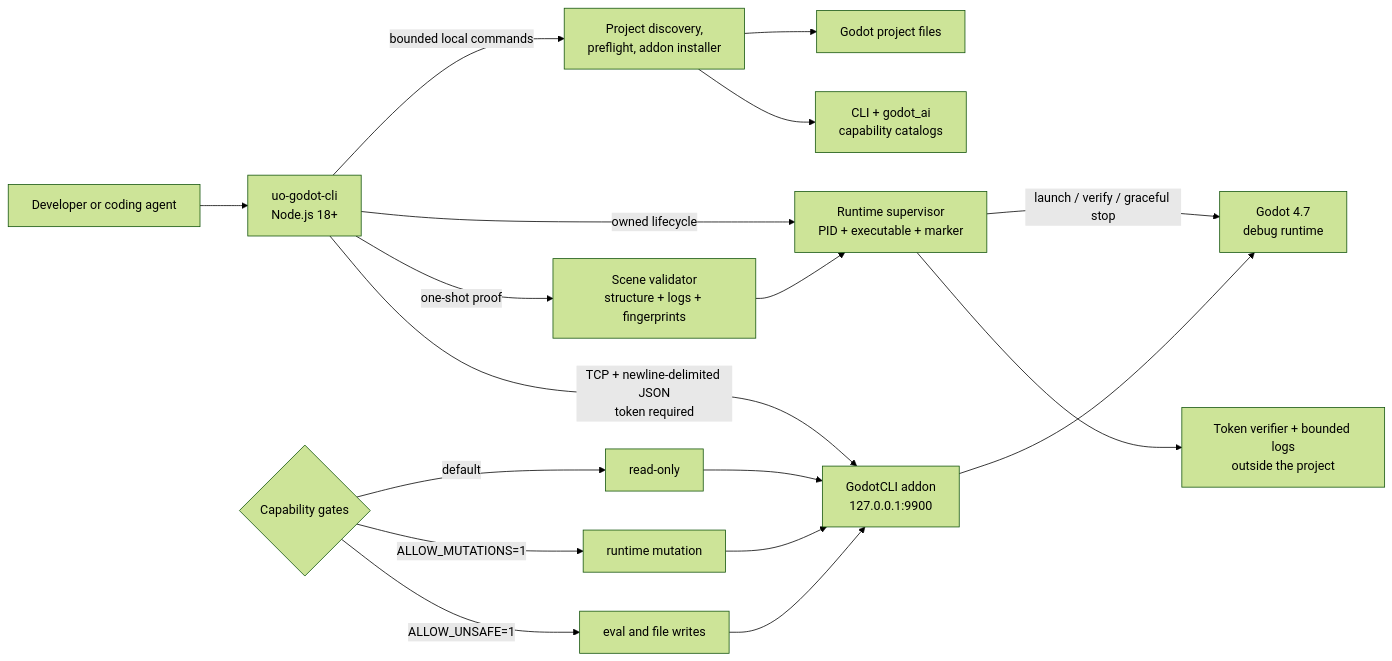
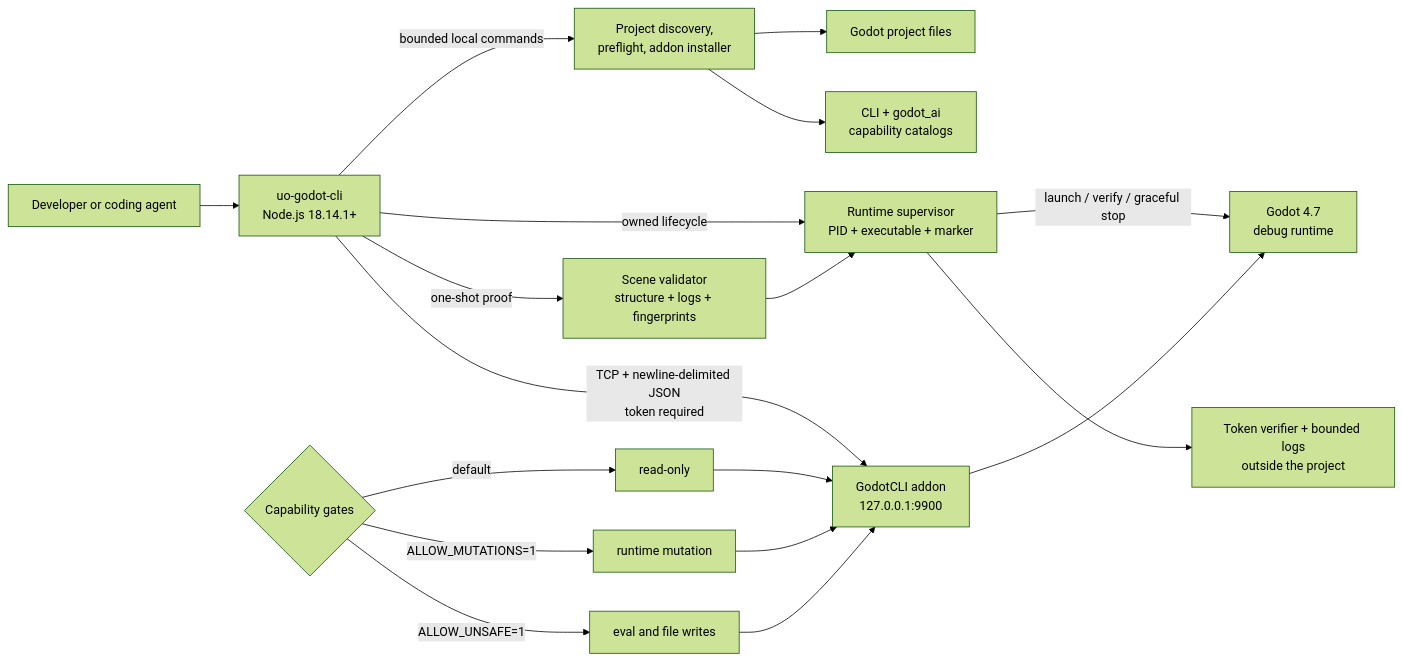
Before and after one commit to zedarvates/godot-cli: the diagram in README.md, drawn with Mermaid (forest theme). The commit also changed other lines of this file and 14 other files, not shown here.

````diff
--- a/README.md
+++ b/README.md
@@ -66,25 +68,25 @@
 ```mermaid
 flowchart LR
-    User["Developer or coding agent"] --> CLI["uo-godot-cli<br/>Node.js 18+"]
+    User["Developer or coding agent"] --> CLI["uo-godot-cli<br/>Node.js 18.14.1+"]
 
     CLI -->|"bounded local commands"| Local["Project discovery,<br/>preflight, addon installer"]
     Local --> Files["Godot project files"]
     Local --> Catalogs["CLI + godot_ai<br/>capability catalogs"]
 
     CLI -->|"owned lifecycle"| Supervisor["Runtime supervisor<br/>PID + executable + marker"]
     Supervisor -->|"launch / verify / graceful stop"| Runtime
     Supervisor --> State["Token verifier + bounded logs<br/>outside the project"]
 
     CLI -->|"one-shot proof"| Validator["Scene validator<br/>structure + logs + fingerprints"]
     Validator --> Supervisor
 
     CLI -->|"TCP + newline-delimited JSON<br/>token required"| Addon["GodotCLI addon<br/>127.0.0.1:9900"]
     Addon --> Runtime["Godot 4.7<br/>debug runtime"]
 
     Gates{"Capability gates"} -->|"default"| ReadOnly["read-only"]
     Gates -->|"ALLOW_MUTATIONS=1"| Mutating["runtime mutation"]
     Gates -->|"ALLOW_UNSAFE=1"| Unsafe["eval and file writes"]
     ReadOnly --> Addon
     Mutating --> Addon
     Unsafe --> Addon
 ```
````
